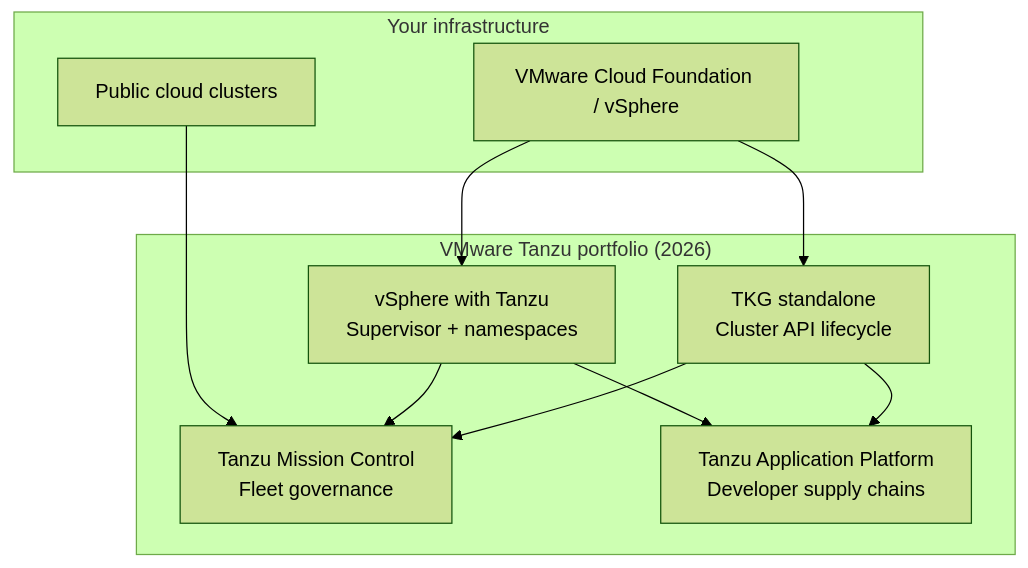
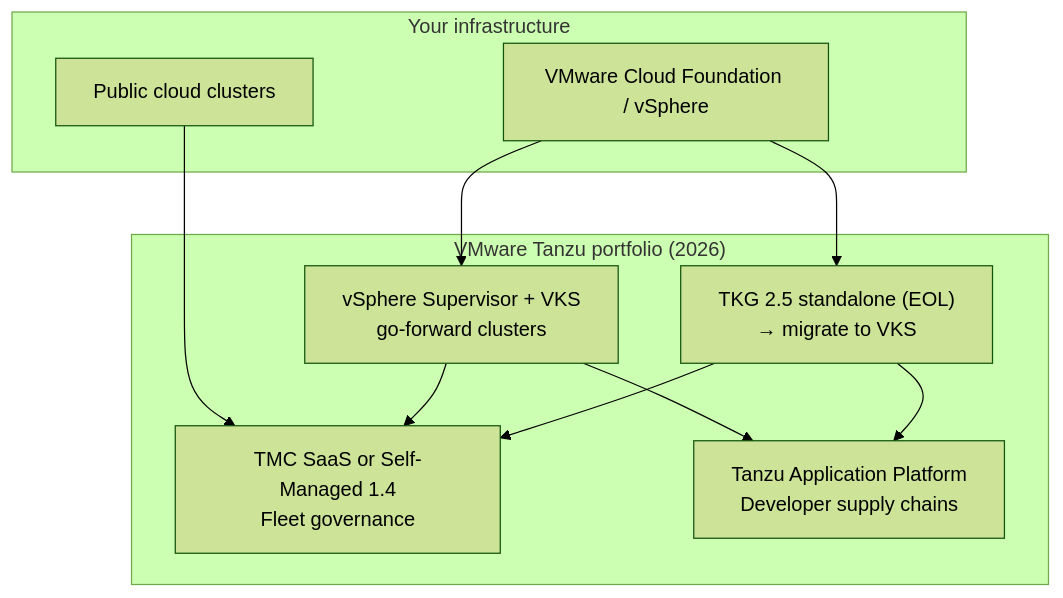
The first of 2 diagrams in src/content/docs/on-premises/multi-cluster/module-5.9-vmware-tanzu.md (kube-dojo/kube-dojo), drawn with Mermaid (forest theme) before and after one commit. The commit also changed other lines of this file, not shown here.

Commit message:
fix(content): TMC Self-Managed 1.4 + CAPD kind config + CNI + TKG 2.5.4 final + VKS direction + vSphere Pods kernel (#1483)

````diff
--- a/src/content/docs/on-premises/multi-cluster/module-5.9-vmware-tanzu.md
+++ b/src/content/docs/on-premises/multi-cluster/module-5.9-vmware-tanzu.md
@@ -66,20 +67,20 @@
 ```mermaid
 flowchart TB
     subgraph Portfolio["VMware Tanzu portfolio (2026)"]
-        TKG["TKG standalone<br/>Cluster API lifecycle"]
-        VWT["vSphere with Tanzu<br/>Supervisor + namespaces"]
-        TMC["Tanzu Mission Control<br/>Fleet governance"]
+        TKG["TKG 2.5 standalone (EOL)<br/>→ migrate to VKS"]
+        VWT["vSphere Supervisor + VKS<br/>go-forward clusters"]
+        TMC["TMC SaaS or Self-Managed 1.4<br/>Fleet governance"]
         TAP["Tanzu Application Platform<br/>Developer supply chains"]
     end
     subgraph Infra["Your infrastructure"]
         VCF["VMware Cloud Foundation / vSphere"]
         Cloud["Public cloud clusters"]
     end
     VCF --> VWT
     VCF --> TKG
     TKG --> TMC
     VWT --> TMC
     Cloud --> TMC
     TKG --> TAP
     VWT --> TAP
 ```
````
